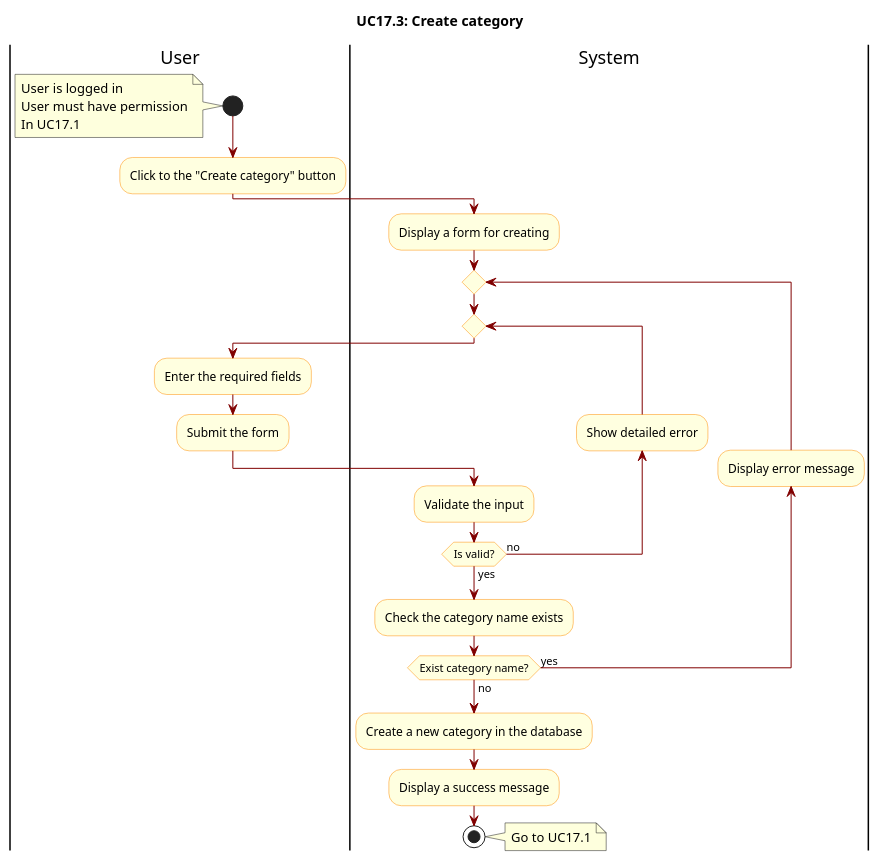
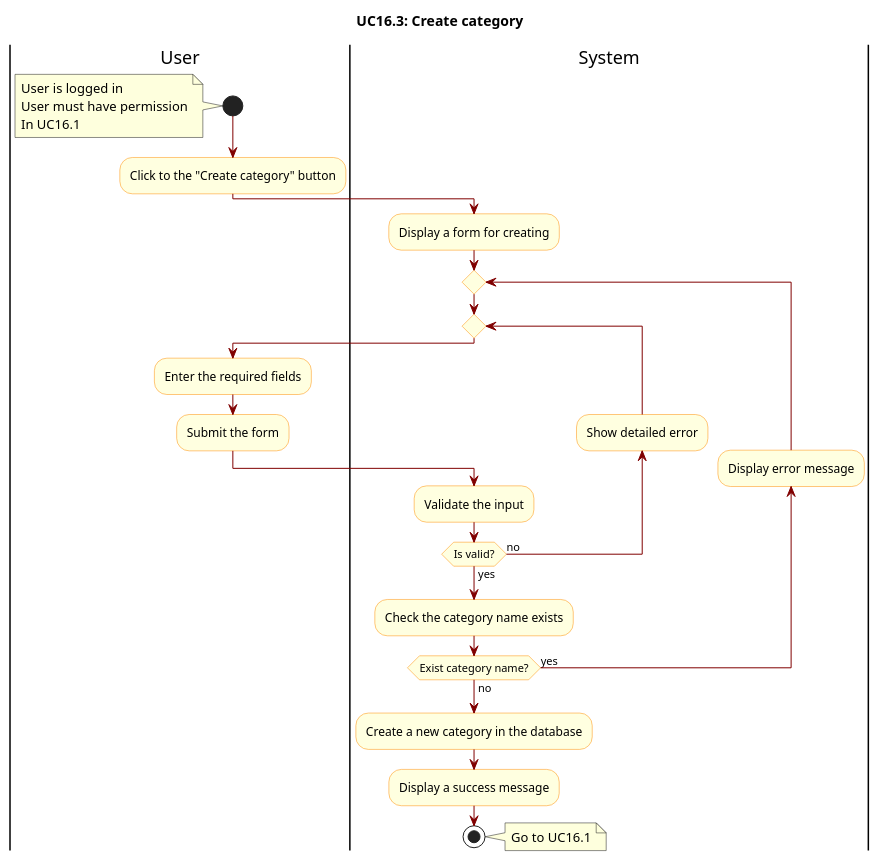
The diagram in docs/activity diagram/UC17.3-CreateCategory.wsd (hiusnguyen201/BE_ClothingShop), drawn with PlantUML before and after one commit. The commit also changed 79 other files, not shown here.

Commit message:
#73 thuongbsls2004 fix activity diagram

```diff
--- a/docs/activity diagram/UC17.3-CreateCategory.wsd
+++ b/docs/activity diagram/UC17.3-CreateCategory.wsd
@@ -1,49 +1,49 @@
 @startuml
 
 skinparam ActivityBackgroundColor LightYellow
 skinparam ActivityBorderColor DarkOrange
 skinparam ArrowColor Maroon
 
-title UC17.3: Create category
+title UC16.3: Create category
 
 |User|
 start
 note left
     User is logged in  
     User must have permission
-    In UC17.1
+    In UC16.1
 end note
 
 |User|
 :Click to the "Create category" button;
 
 |System|
 :Display a form for creating;
 
 repeat 
     repeat
         |User|
         :Enter the required fields;
         :Submit the form;
 
         |System|
         :Validate the input;
 
         backward :Show detailed error;
     repeat while(Is valid?) is(no) not(yes)
 
     |System|
     :Check the category name exists;
 
     backward :Display error message;
 repeat while(Exist category name?) is(yes) not(no)
 
 :Create a new category in the database;
 :Display a success message;
 
 stop
 note right
-    Go to UC17.1
+    Go to UC16.1
 end note
 
 @enduml
```
